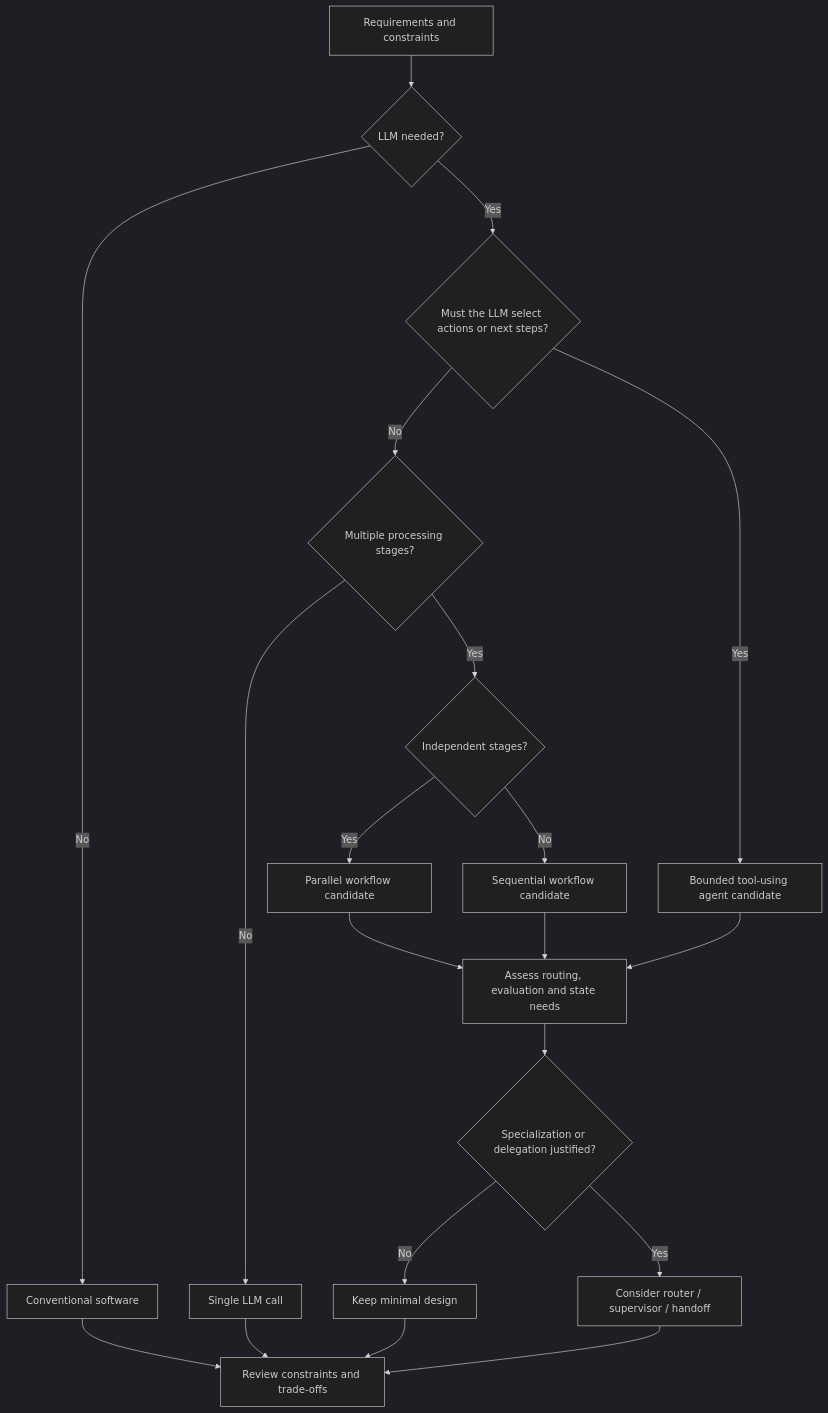
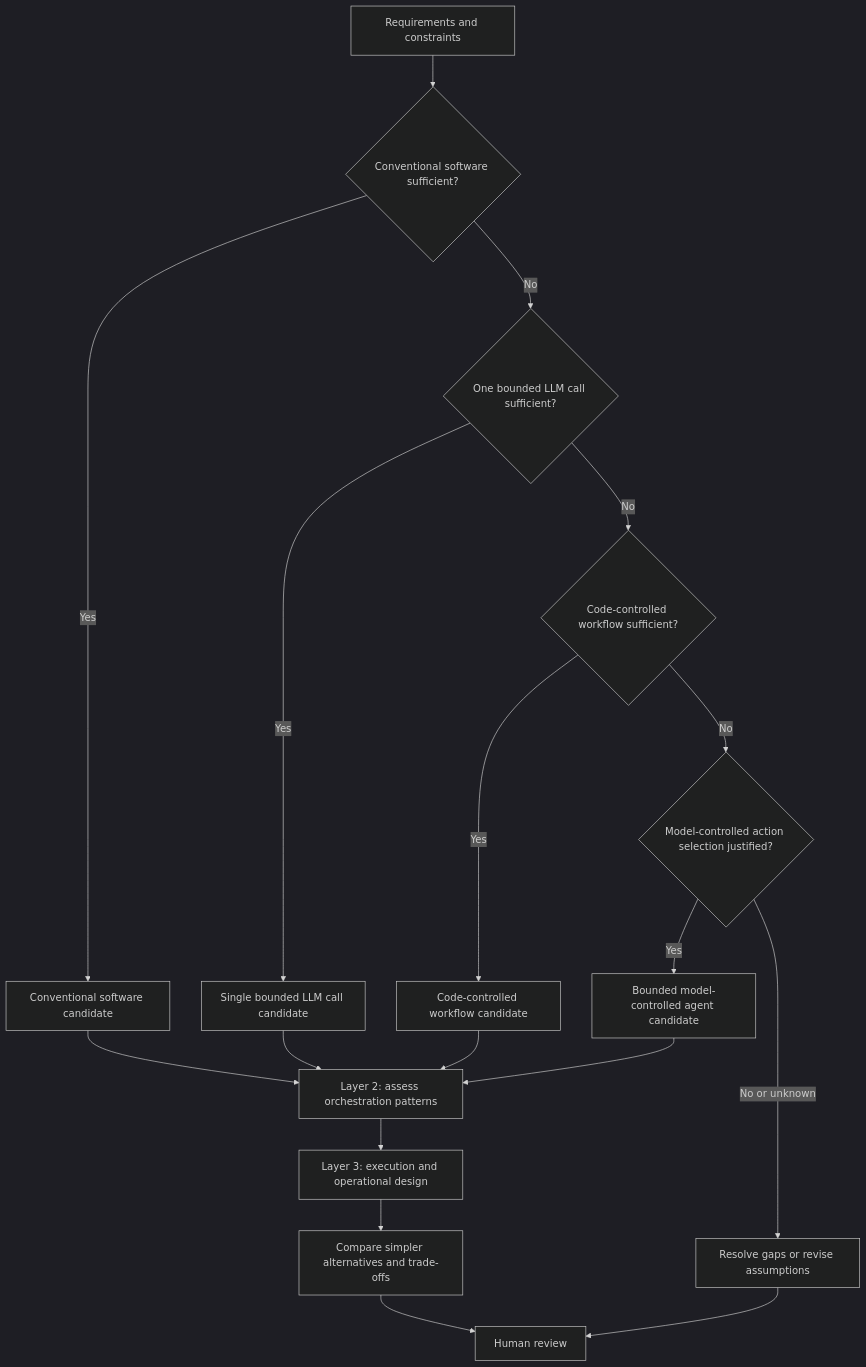
Before and after one commit to Shen-po-heng/AI_Agent_Starter: the second of 4 diagrams in README.md, drawn with Mermaid (dark theme). The commit also changed other lines of this file and 7 other files, not shown here.

Commit message:
docs: publish architecture design guidance and skill

````diff
--- a/README.md
+++ b/README.md
@@ -88,22 +97,20 @@
 ```mermaid
 flowchart TD
-    A[Requirements and constraints] --> B{LLM needed?}
-    B -->|No| C[Conventional software]
-    B -->|Yes| D{Must the LLM select actions or next steps?}
-    D -->|No| E{Multiple processing stages?}
-    E -->|No| F[Single LLM call]
-    E -->|Yes| G{Independent stages?}
-    G -->|Yes| H[Parallel workflow candidate]
-    G -->|No| I[Sequential workflow candidate]
-    D -->|Yes| J[Bounded tool-using agent candidate]
-    H --> K[Assess routing, evaluation and state needs]
+    A[Requirements and constraints] --> B{Conventional software sufficient?}
+    B -->|Yes| C[Conventional software candidate]
+    B -->|No| D{One bounded LLM call sufficient?}
+    D -->|Yes| E[Single bounded LLM call candidate]
+    D -->|No| F{Code-controlled workflow sufficient?}
+    F -->|Yes| G[Code-controlled workflow candidate]
+    F -->|No| H{Model-controlled action selection justified?}
+    H -->|Yes| I[Bounded model-controlled agent candidate]
+    H -->|No or unknown| J[Resolve gaps or revise assumptions]
+    C --> K[Layer 2: assess orchestration patterns]
+    E --> K
+    G --> K
     I --> K
-    J --> K
-    K --> L{Specialization or delegation justified?}
-    L -->|No| M[Keep minimal design]
-    L -->|Yes| N[Consider router / supervisor / handoff]
-    C --> O[Review constraints and trade-offs]
-    F --> O
-    M --> O
-    N --> O
+    K --> L[Layer 3: execution and operational design]
+    L --> M[Compare simpler alternatives and trade-offs]
+    M --> N[Human review]
+    J --> N
 ```
````
